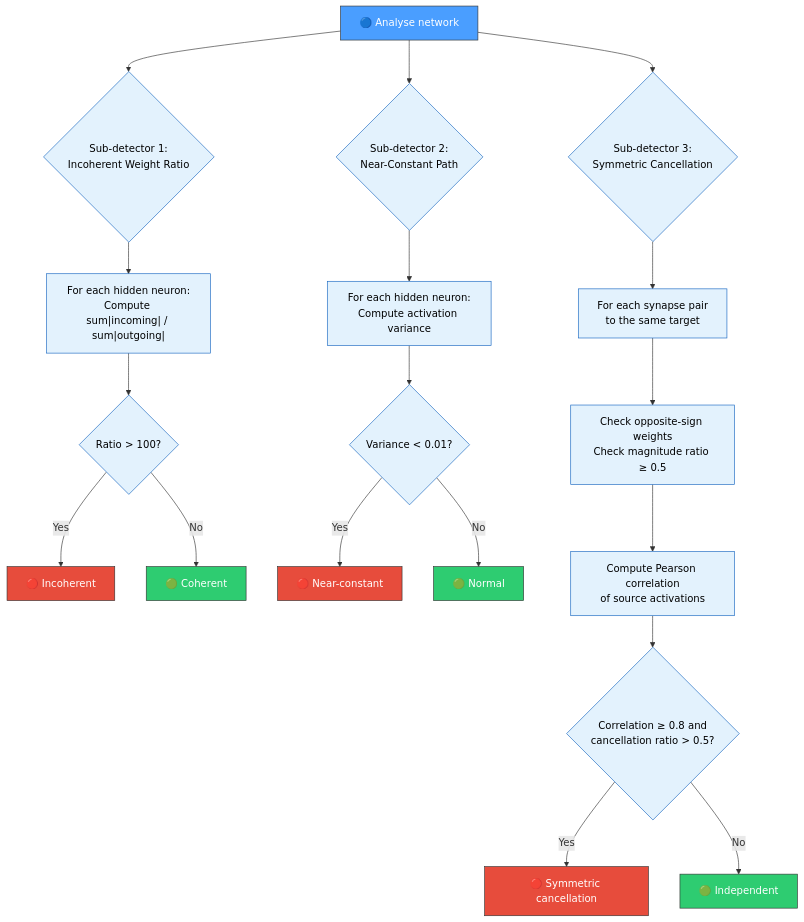
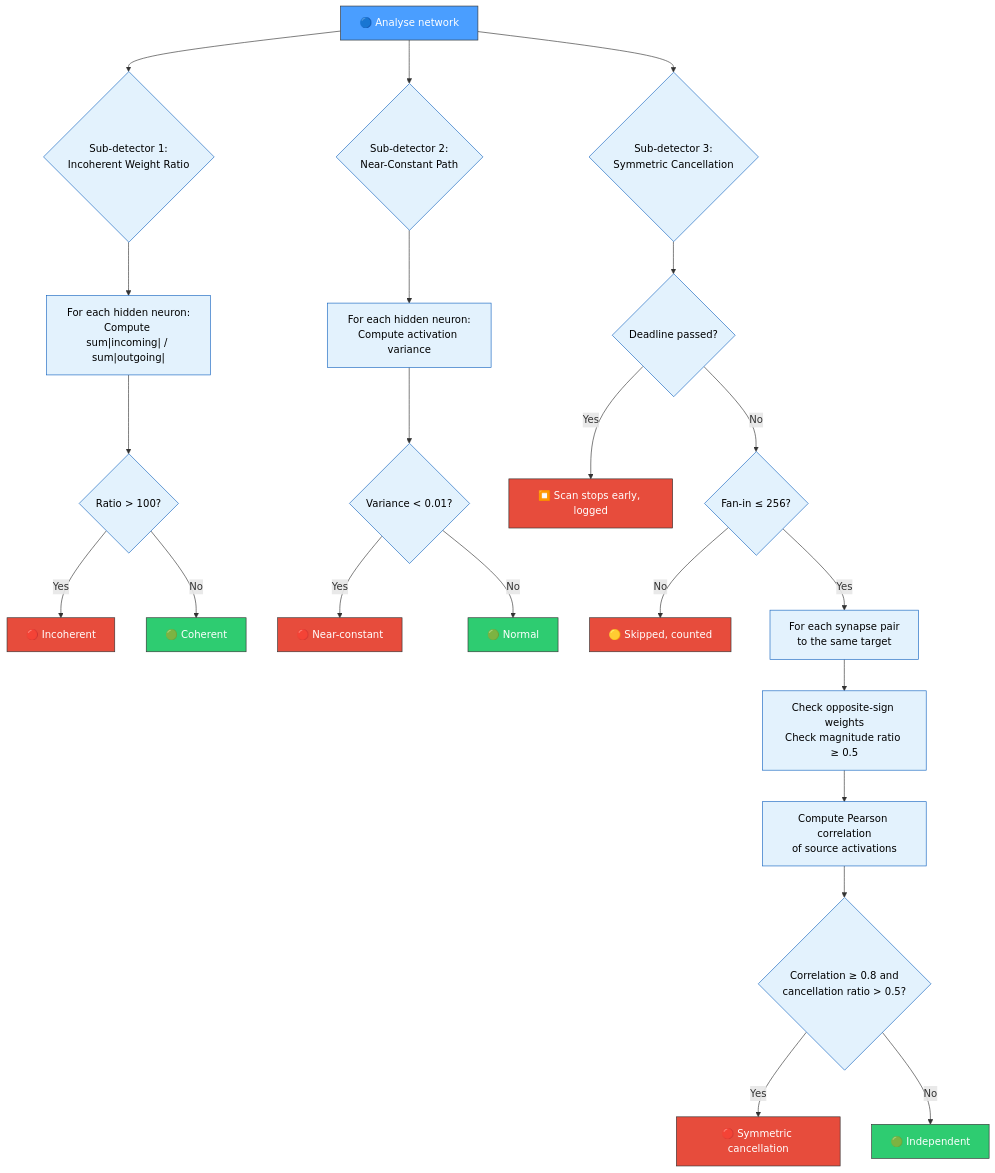
Before and after one commit to stSoftwareAU/NEAT-AI-Discovery: the third of 5 diagrams in docs/discoveries/weight-coherence.md, drawn with Mermaid. The commit also changed other lines of this file and 5 other files, not shown here.

````diff
--- a/docs/discoveries/weight-coherence.md
+++ b/docs/discoveries/weight-coherence.md
@@ -63,28 +71,32 @@
 ```mermaid
 flowchart TD
     A["🔵 Analyse network"]:::input --> B{"Sub-detector 1:\nIncoherent Weight Ratio"}:::step
     A --> C{"Sub-detector 2:\nNear-Constant Path"}:::step
     A --> D{"Sub-detector 3:\nSymmetric Cancellation"}:::step
 
     B --> B1["For each hidden neuron:\nCompute sum|incoming| / sum|outgoing|"]:::step
     B1 --> B2{"Ratio > 100?"}:::step
     B2 -- "Yes" --> B3["🔴 Incoherent"]:::problem
     B2 -- "No" --> B4["🟢 Coherent"]:::output
 
     C --> C1["For each hidden neuron:\nCompute activation variance"]:::step
     C1 --> C2{"Variance < 0.01?"}:::step
     C2 -- "Yes" --> C3["🔴 Near-constant"]:::problem
     C2 -- "No" --> C4["🟢 Normal"]:::output
 
-    D --> D1["For each synapse pair\nto the same target"]:::step
+    D --> DL{"Deadline passed?"}:::step
+    DL -- "Yes" --> D8["⏹️ Scan stops early, logged"]:::problem
+    DL -- "No" --> D0{"Fan-in ≤ 256?"}:::step
+    D0 -- "No" --> D7["🟡 Skipped, counted"]:::problem
+    D0 -- "Yes" --> D1["For each synapse pair\nto the same target"]:::step
     D1 --> D2["Check opposite-sign weights\nCheck magnitude ratio ≥ 0.5"]:::step
     D2 --> D3["Compute Pearson correlation\nof source activations"]:::step
     D3 --> D4{"Correlation ≥ 0.8 and\ncancellation ratio > 0.5?"}:::step
     D4 -- "Yes" --> D5["🔴 Symmetric cancellation"]:::problem
     D4 -- "No" --> D6["🟢 Independent"]:::output
 
     classDef input fill:#4a9eff,stroke:#333,color:#fff
     classDef step fill:#e3f2fd,stroke:#1565c0,color:#000
     classDef problem fill:#e74c3c,stroke:#333,color:#fff
     classDef output fill:#2ecc71,stroke:#333,color:#fff
 ```
````
